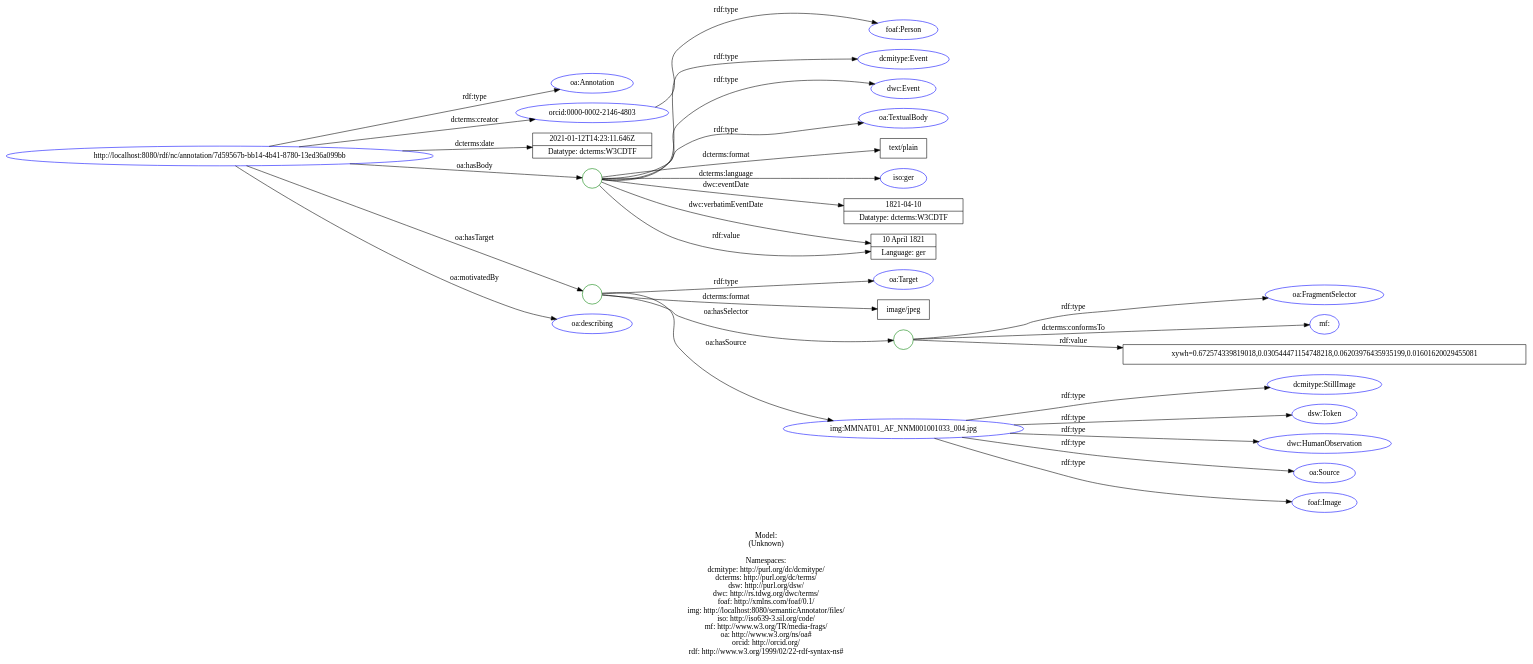
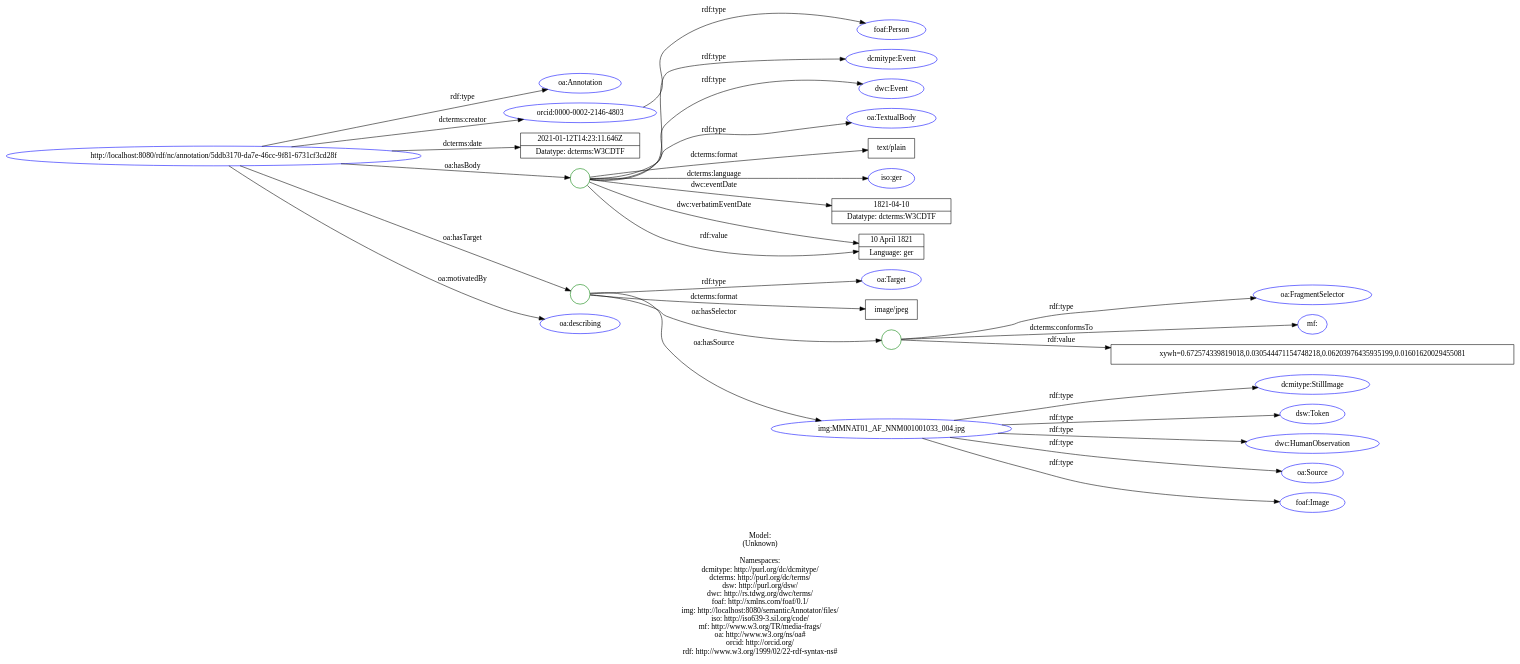
The diagram in doc/models/example_7_1.dot (lisestork/SFB-Annotator), drawn with Graphviz before and after one commit. The commit also changed 9 other files, not shown here.

Commit message:
Update doc. models in SVG. - change (remote) img:default.jpg to (local) img:MMNAT01_AF_NNM001001033_*.jpg

```diff
--- a/doc/models/example_7_1.dot
+++ b/doc/models/example_7_1.dot
@@ -1,67 +1,67 @@
 digraph {
 	rankdir = LR;
 	charset="utf-8";
 
-	"Rhttp://localhost:8080/rdf/nc/annotation/7d59567b-bb14-4b41-8780-13ed36a099bb" -> "Roa:Annotation" [ label="rdf:type" ];
-	"Rhttp://localhost:8080/rdf/nc/annotation/7d59567b-bb14-4b41-8780-13ed36a099bb" -> "Rorcid:0000-0002-2146-4803" [ label="dcterms:creator" ];
-	"Rhttp://localhost:8080/rdf/nc/annotation/7d59567b-bb14-4b41-8780-13ed36a099bb" -> "L2021-01-12T14:23:11.646Z|Datatype: dcterms:W3CDTF" [ label="dcterms:date" ];
-	"Rhttp://localhost:8080/rdf/nc/annotation/7d59567b-bb14-4b41-8780-13ed36a099bb" -> "B_:node1f26ai8ibx38" [ label="oa:hasBody" ];
-	"B_:node1f26ai8ibx38" -> "Rdcmitype:Event" [ label="rdf:type" ];
-	"B_:node1f26ai8ibx38" -> "Rdwc:Event" [ label="rdf:type" ];
-	"B_:node1f26ai8ibx38" -> "Roa:TextualBody" [ label="rdf:type" ];
-	"B_:node1f26ai8ibx38" -> "Ltext/plain" [ label="dcterms:format" ];
-	"B_:node1f26ai8ibx38" -> "Riso:ger" [ label="dcterms:language" ];
-	"B_:node1f26ai8ibx38" -> "L1821-04-10|Datatype: dcterms:W3CDTF" [ label="dwc:eventDate" ];
-	"B_:node1f26ai8ibx38" -> "L10 April 1821|Language: ger" [ label="dwc:verbatimEventDate" ];
-	"B_:node1f26ai8ibx38" -> "L10 April 1821|Language: ger" [ label="rdf:value" ];
-	"Rhttp://localhost:8080/rdf/nc/annotation/7d59567b-bb14-4b41-8780-13ed36a099bb" -> "B_:node1f26ai8ibx37" [ label="oa:hasTarget" ];
-	"B_:node1f26ai8ibx37" -> "Roa:Target" [ label="rdf:type" ];
-	"B_:node1f26ai8ibx37" -> "Limage/jpeg" [ label="dcterms:format" ];
-	"B_:node1f26ai8ibx37" -> "B_:node1f26ai8ibx40" [ label="oa:hasSelector" ];
-	"B_:node1f26ai8ibx40" -> "Roa:FragmentSelector" [ label="rdf:type" ];
-	"B_:node1f26ai8ibx40" -> "Rmf:" [ label="dcterms:conformsTo" ];
-	"B_:node1f26ai8ibx40" -> "Lxywh=0.672574339819018,0.030544471154748218,0.06203976435935199,0.01601620029455081" [ label="rdf:value" ];
-	"B_:node1f26ai8ibx37" -> "Rimg:MMNAT01_AF_NNM001001033_004.jpg" [ label="oa:hasSource" ];
-	"Rhttp://localhost:8080/rdf/nc/annotation/7d59567b-bb14-4b41-8780-13ed36a099bb" -> "Roa:describing" [ label="oa:motivatedBy" ];
+	"Rhttp://localhost:8080/rdf/nc/annotation/5ddb3170-da7e-46cc-9f81-6731cf3cd28f" -> "Roa:Annotation" [ label="rdf:type" ];
+	"Rhttp://localhost:8080/rdf/nc/annotation/5ddb3170-da7e-46cc-9f81-6731cf3cd28f" -> "Rorcid:0000-0002-2146-4803" [ label="dcterms:creator" ];
+	"Rhttp://localhost:8080/rdf/nc/annotation/5ddb3170-da7e-46cc-9f81-6731cf3cd28f" -> "L2021-01-12T14:23:11.646Z|Datatype: dcterms:W3CDTF" [ label="dcterms:date" ];
+	"Rhttp://localhost:8080/rdf/nc/annotation/5ddb3170-da7e-46cc-9f81-6731cf3cd28f" -> "B_:node1f26ai8ibx81" [ label="oa:hasBody" ];
+	"B_:node1f26ai8ibx81" -> "Rdcmitype:Event" [ label="rdf:type" ];
+	"B_:node1f26ai8ibx81" -> "Rdwc:Event" [ label="rdf:type" ];
+	"B_:node1f26ai8ibx81" -> "Roa:TextualBody" [ label="rdf:type" ];
+	"B_:node1f26ai8ibx81" -> "Ltext/plain" [ label="dcterms:format" ];
+	"B_:node1f26ai8ibx81" -> "Riso:ger" [ label="dcterms:language" ];
+	"B_:node1f26ai8ibx81" -> "L1821-04-10|Datatype: dcterms:W3CDTF" [ label="dwc:eventDate" ];
+	"B_:node1f26ai8ibx81" -> "L10 April 1821|Language: ger" [ label="dwc:verbatimEventDate" ];
+	"B_:node1f26ai8ibx81" -> "L10 April 1821|Language: ger" [ label="rdf:value" ];
+	"Rhttp://localhost:8080/rdf/nc/annotation/5ddb3170-da7e-46cc-9f81-6731cf3cd28f" -> "B_:node1f26ai8ibx80" [ label="oa:hasTarget" ];
+	"B_:node1f26ai8ibx80" -> "Roa:Target" [ label="rdf:type" ];
+	"B_:node1f26ai8ibx80" -> "Limage/jpeg" [ label="dcterms:format" ];
+	"B_:node1f26ai8ibx80" -> "B_:node1f26ai8ibx83" [ label="oa:hasSelector" ];
+	"B_:node1f26ai8ibx83" -> "Roa:FragmentSelector" [ label="rdf:type" ];
+	"B_:node1f26ai8ibx83" -> "Rmf:" [ label="dcterms:conformsTo" ];
+	"B_:node1f26ai8ibx83" -> "Lxywh=0.672574339819018,0.030544471154748218,0.06203976435935199,0.01601620029455081" [ label="rdf:value" ];
+	"B_:node1f26ai8ibx80" -> "Rimg:MMNAT01_AF_NNM001001033_004.jpg" [ label="oa:hasSource" ];
+	"Rhttp://localhost:8080/rdf/nc/annotation/5ddb3170-da7e-46cc-9f81-6731cf3cd28f" -> "Roa:describing" [ label="oa:motivatedBy" ];
 	"Rorcid:0000-0002-2146-4803" -> "Rfoaf:Person" [ label="rdf:type" ];
 	"Rimg:MMNAT01_AF_NNM001001033_004.jpg" -> "Rdcmitype:StillImage" [ label="rdf:type" ];
 	"Rimg:MMNAT01_AF_NNM001001033_004.jpg" -> "Rdsw:Token" [ label="rdf:type" ];
 	"Rimg:MMNAT01_AF_NNM001001033_004.jpg" -> "Rdwc:HumanObservation" [ label="rdf:type" ];
 	"Rimg:MMNAT01_AF_NNM001001033_004.jpg" -> "Roa:Source" [ label="rdf:type" ];
 	"Rimg:MMNAT01_AF_NNM001001033_004.jpg" -> "Rfoaf:Image" [ label="rdf:type" ];
 
 	// Resources
-	"Rhttp://localhost:8080/rdf/nc/annotation/7d59567b-bb14-4b41-8780-13ed36a099bb" [ label="http://localhost:8080/rdf/nc/annotation/7d59567b-bb14-4b41-8780-13ed36a099bb", shape = ellipse, color = blue ];
+	"Rhttp://localhost:8080/rdf/nc/annotation/5ddb3170-da7e-46cc-9f81-6731cf3cd28f" [ label="http://localhost:8080/rdf/nc/annotation/5ddb3170-da7e-46cc-9f81-6731cf3cd28f", shape = ellipse, color = blue ];
 	"Roa:Annotation" [ label="oa:Annotation", shape = ellipse, color = blue ];
 	"Rorcid:0000-0002-2146-4803" [ label="orcid:0000-0002-2146-4803", shape = ellipse, color = blue ];
 	"Rdcmitype:Event" [ label="dcmitype:Event", shape = ellipse, color = blue ];
 	"Rdwc:Event" [ label="dwc:Event", shape = ellipse, color = blue ];
 	"Roa:TextualBody" [ label="oa:TextualBody", shape = ellipse, color = blue ];
 	"Riso:ger" [ label="iso:ger", shape = ellipse, color = blue ];
 	"Roa:Target" [ label="oa:Target", shape = ellipse, color = blue ];
 	"Roa:FragmentSelector" [ label="oa:FragmentSelector", shape = ellipse, color = blue ];
 	"Rmf:" [ label="mf:", shape = ellipse, color = blue ];
 	"Rimg:MMNAT01_AF_NNM001001033_004.jpg" [ label="img:MMNAT01_AF_NNM001001033_004.jpg", shape = ellipse, color = blue ];
 	"Roa:describing" [ label="oa:describing", shape = ellipse, color = blue ];
 	"Rfoaf:Person" [ label="foaf:Person", shape = ellipse, color = blue ];
 	"Rdcmitype:StillImage" [ label="dcmitype:StillImage", shape = ellipse, color = blue ];
 	"Rdsw:Token" [ label="dsw:Token", shape = ellipse, color = blue ];
 	"Rdwc:HumanObservation" [ label="dwc:HumanObservation", shape = ellipse, color = blue ];
 	"Roa:Source" [ label="oa:Source", shape = ellipse, color = blue ];
 	"Rfoaf:Image" [ label="foaf:Image", shape = ellipse, color = blue ];
 
 	// Anonymous nodes
-	"B_:node1f26ai8ibx38" [ label="", shape = circle, color = green ];
-	"B_:node1f26ai8ibx37" [ label="", shape = circle, color = green ];
-	"B_:node1f26ai8ibx40" [ label="", shape = circle, color = green ];
+	"B_:node1f26ai8ibx81" [ label="", shape = circle, color = green ];
+	"B_:node1f26ai8ibx80" [ label="", shape = circle, color = green ];
+	"B_:node1f26ai8ibx83" [ label="", shape = circle, color = green ];
 
 	// Literals
 	"L2021-01-12T14:23:11.646Z|Datatype: dcterms:W3CDTF" [ label="2021-01-12T14:23:11.646Z|Datatype: dcterms:W3CDTF", shape = record ];
 	"Ltext/plain" [ label="text/plain", shape = record ];
 	"L1821-04-10|Datatype: dcterms:W3CDTF" [ label="1821-04-10|Datatype: dcterms:W3CDTF", shape = record ];
 	"L10 April 1821|Language: ger" [ label="10 April 1821|Language: ger", shape = record ];
 	"Limage/jpeg" [ label="image/jpeg", shape = record ];
 	"Lxywh=0.672574339819018,0.030544471154748218,0.06203976435935199,0.01601620029455081" [ label="xywh=0.672574339819018,0.030544471154748218,0.06203976435935199,0.01601620029455081", shape = record ];
 
 	label="\n\nModel:\n(Unknown)\n\nNamespaces:\ndcmitype: http://purl.org/dc/dcmitype/\ndcterms: http://purl.org/dc/terms/\ndsw: http://purl.org/dsw/\ndwc: http://rs.tdwg.org/dwc/terms/\nfoaf: http://xmlns.com/foaf/0.1/\nimg: http://localhost:8080/semanticAnnotator/files/\niso: http://iso639-3.sil.org/code/\nmf: http://www.w3.org/TR/media-frags/\noa: http://www.w3.org/ns/oa#\norcid: http://orcid.org/\nrdf: http://www.w3.org/1999/02/22-rdf-syntax-ns#\n";
 }
```
